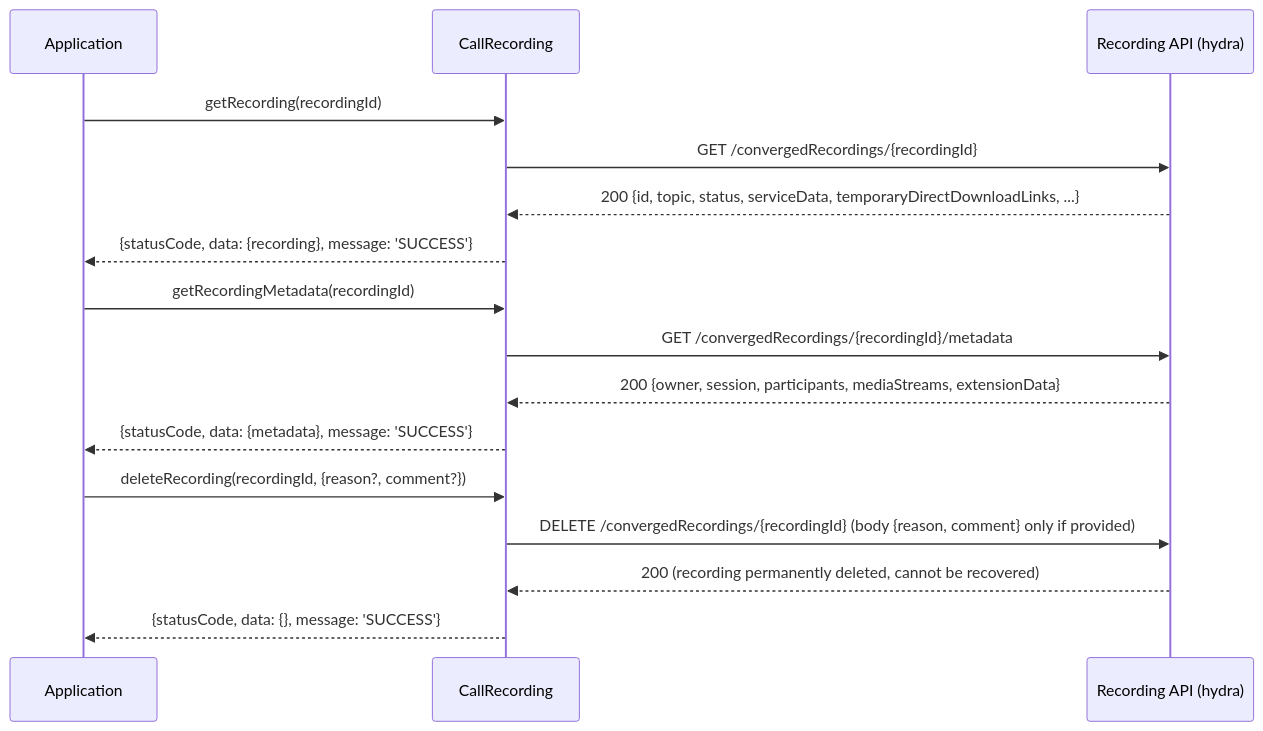
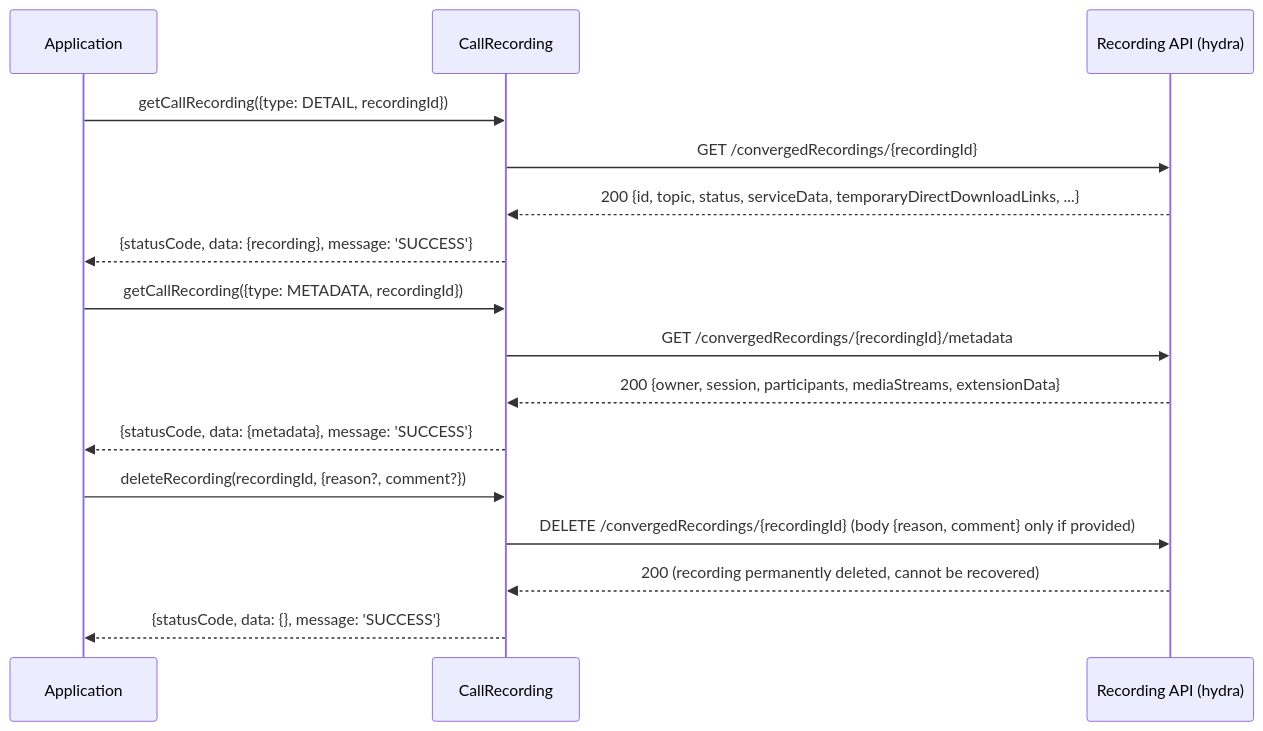
Before and after one commit to webex/webex-js-sdk: the fourth of 6 diagrams in packages/calling/src/CallRecording/ai-docs/ARCHITECTURE.md, drawn with Mermaid. The commit also changed other lines of this file and 13 other files, not shown here.

Commit message:
feat(calling): consolidate recording reads into getCallRecording and add remote-party of the user

````diff
--- a/packages/calling/src/CallRecording/ai-docs/ARCHITECTURE.md
+++ b/packages/calling/src/CallRecording/ai-docs/ARCHITECTURE.md
@@ -151,21 +151,21 @@
 ```mermaid
 sequenceDiagram
     participant App as Application
     participant CR as CallRecording
     participant WxApp as Recording API (hydra)
 
-    App->>CR: getRecording(recordingId)
+    App->>CR: getCallRecording({type: DETAIL, recordingId})
     CR->>WxApp: GET /convergedRecordings/{recordingId}
     WxApp-->>CR: 200 {id, topic, status, serviceData, temporaryDirectDownloadLinks, ...}
     CR-->>App: {statusCode, data: {recording}, message: 'SUCCESS'}
 
-    App->>CR: getRecordingMetadata(recordingId)
+    App->>CR: getCallRecording({type: METADATA, recordingId})
     CR->>WxApp: GET /convergedRecordings/{recordingId}/metadata
     WxApp-->>CR: 200 {owner, session, participants, mediaStreams, extensionData}
     CR-->>App: {statusCode, data: {metadata}, message: 'SUCCESS'}
 
     App->>CR: deleteRecording(recordingId, {reason?, comment?})
     CR->>WxApp: DELETE /convergedRecordings/{recordingId} (body {reason, comment} only if provided)
     WxApp-->>CR: 200 (recording permanently deleted, cannot be recovered)
     CR-->>App: {statusCode, data: {}, message: 'SUCCESS'}
 ```
````
